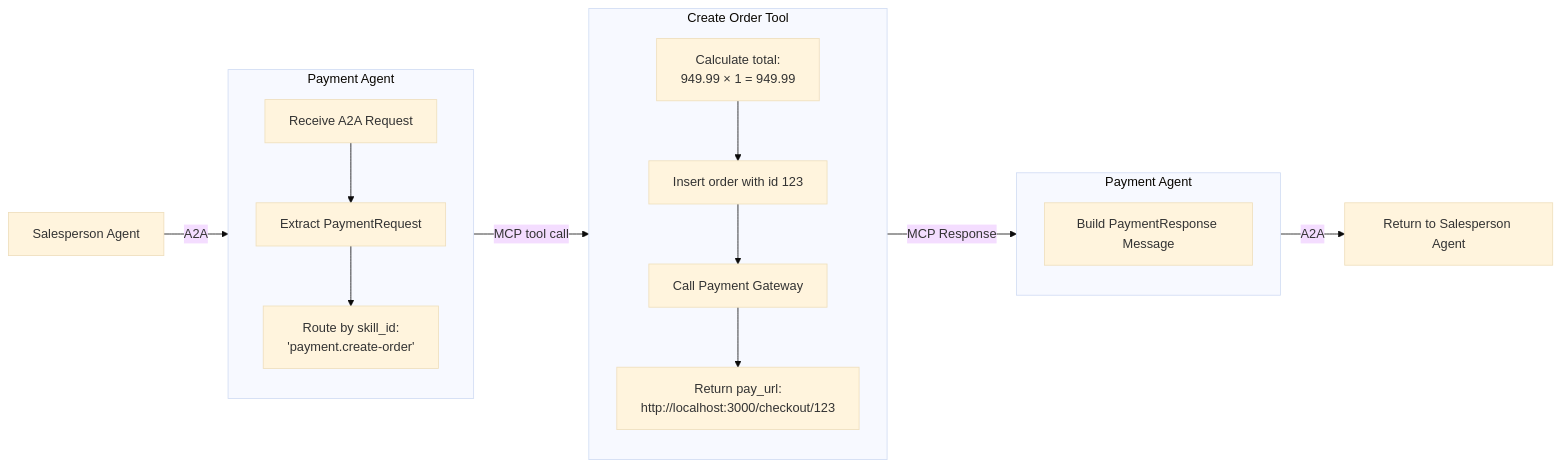
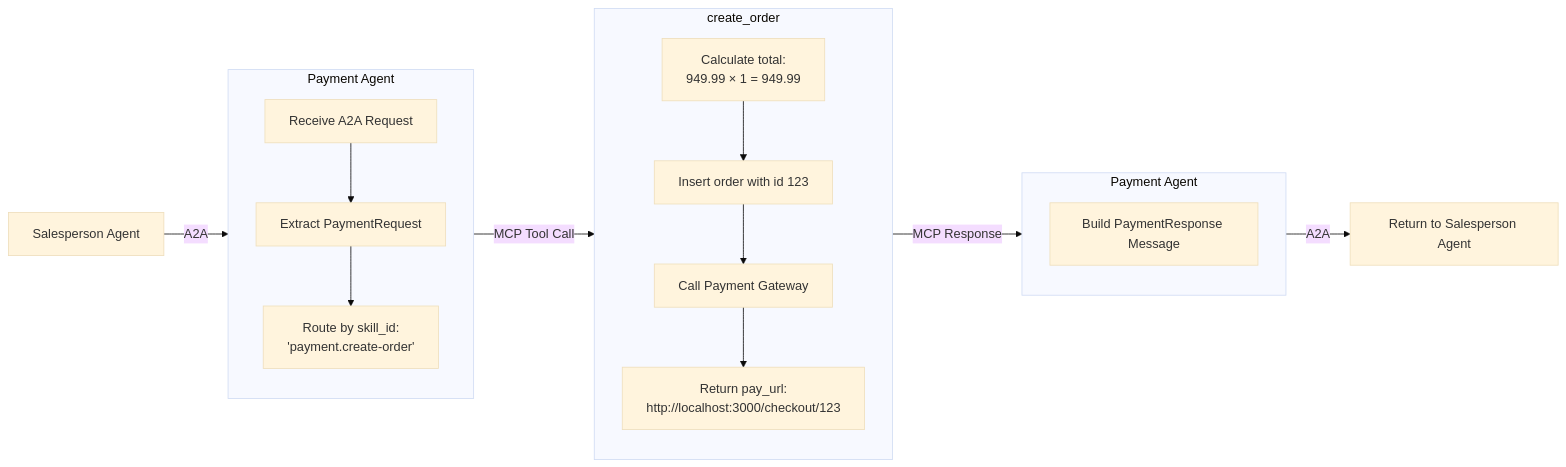
One commit to biabeogo147/Agent-Ecosystem-Salesperson-and-Payment changed the seventh of 9 diagrams in DemoScenarios.md. Above: the diagram before and after it, drawn with Mermaid (base theme). The commit also changed other lines of this file, not shown here.

````diff
--- a/DemoScenarios.md
+++ b/DemoScenarios.md
@@ -569,32 +559,32 @@
 ```mermaid
 flowchart LR
     SalesPersonAgent["Salesperson Agent"]
 
     subgraph PaymentAgent["Payment Agent"]
         direction TB
         Rcv["Receive A2A Request"]
         Extract["Extract PaymentRequest"]
         Route["Route by skill_id:<br/>'payment.create-order'"]
         Rcv --> Extract --> Route
     end
 
-    subgraph MCPFlow["Create Order Tool"]
+    subgraph MCPFlow["create_order"]
         direction TB
         
         Calc["Calculate total:<br/>949.99 × 1 = 949.99"]
         OrderID["Insert order with id 123"]
         Gateway["Call Payment Gateway"]
         GatewayResp["Return pay_url:<br/>http://localhost:3000/checkout/123"]
 
         Calc --> OrderID --> Gateway --> GatewayResp
     end
 
     subgraph Finalize["Payment Agent"]
         direction TB
         BuildResp["Build PaymentResponse Message"]
     end
 
     SalesReturn["Return to Salesperson Agent"]
 
-    SalesPersonAgent --> |"A2A"| PaymentAgent --> |"MCP tool call"| MCPFlow --> |"MCP Response"| Finalize --> |"A2A"| SalesReturn
+    SalesPersonAgent --> |"A2A"| PaymentAgent --> |"MCP Tool Call"| MCPFlow --> |"MCP Response"| Finalize --> |"A2A"| SalesReturn
 ```
````
